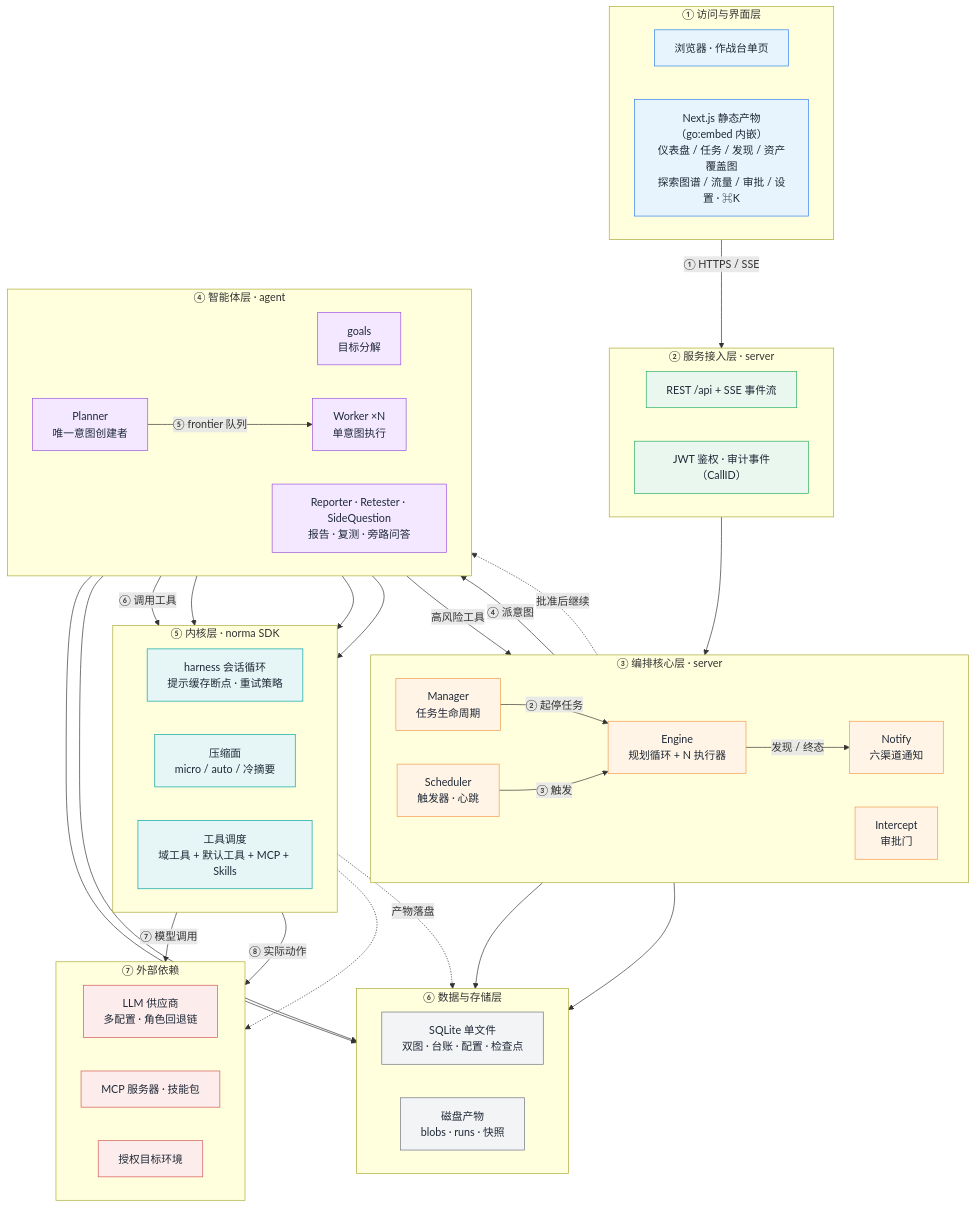
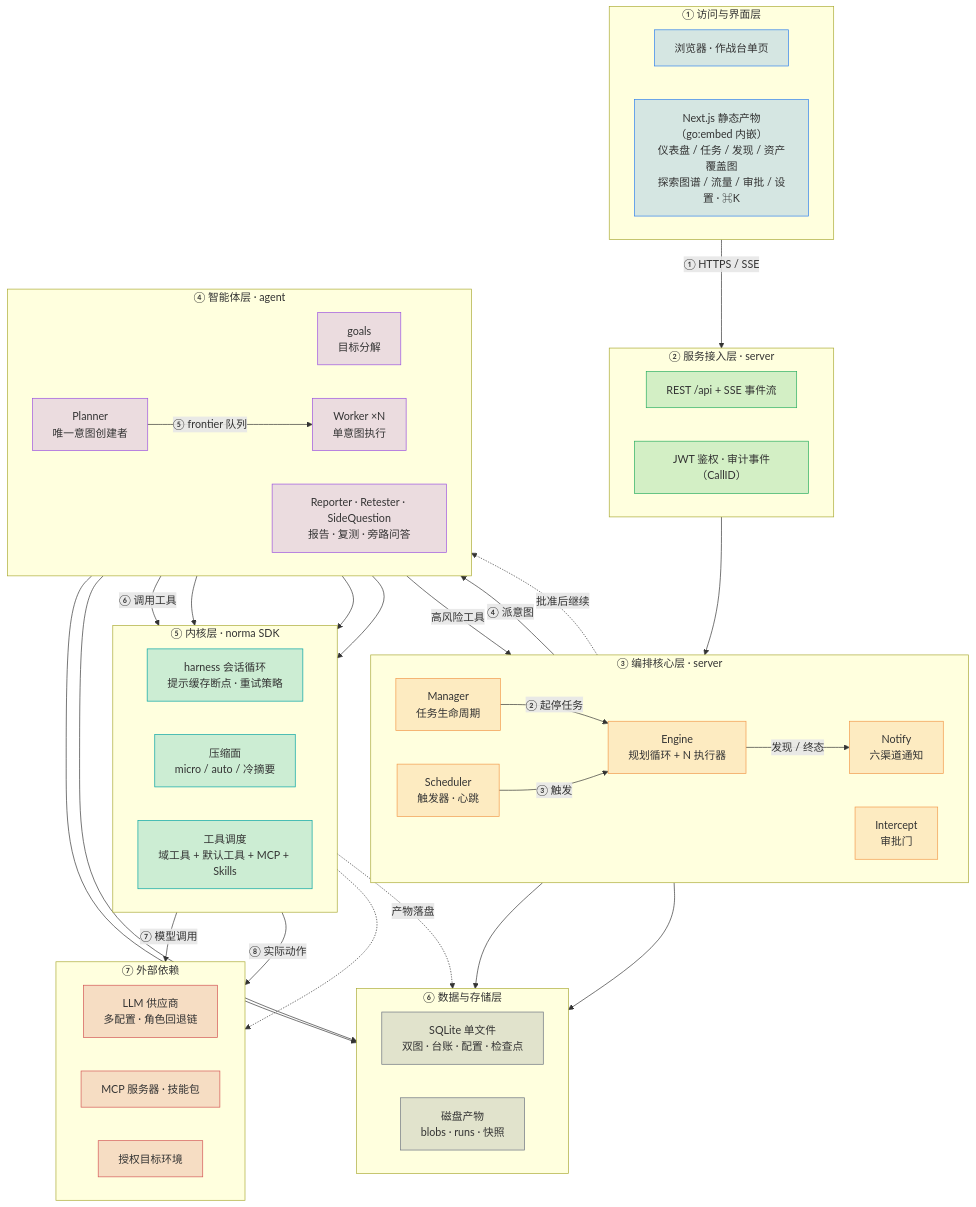
One commit to j5tv9nfzhn-hue/ARTEX-HYDRA changed the first of 6 diagrams in README.md. Above: the diagram before and after it, drawn with Mermaid. The commit also changed 1 other file, not shown here.

Commit message:
docs: 架构图分层配色改为半透明填充+彩色描边，深浅主题自适应 [skip ci]

````diff
--- a/README.md
+++ b/README.md
@@ -168,80 +168,80 @@
 ```mermaid
 flowchart TB
   subgraph L1["① 访问与界面层"]
     direction LR
     BR["浏览器 · 作战台单页"]
     FED["Next.js 静态产物（go:embed 内嵌）<br/>仪表盘 / 任务 / 发现 / 资产覆盖图<br/>探索图谱 / 流量 / 审批 / 设置 · ⌘K"]
   end
   subgraph L2["② 服务接入层 · server"]
     direction LR
     API["REST /api + SSE 事件流"]
     AUTH["JWT 鉴权 · 审计事件（CallID）"]
   end
   subgraph L3["③ 编排核心层 · server"]
     direction LR
     MGR["Manager<br/>任务生命周期"]
     ENG["Engine<br/>规划循环 + N 执行器"]
     SCH["Scheduler<br/>触发器 · 心跳"]
     INV["Intercept<br/>审批门"]
     NOT["Notify<br/>六渠道通知"]
   end
   subgraph L4["④ 智能体层 · agent"]
     direction LR
     GOALS["goals<br/>目标分解"]
     PLAN["Planner<br/>唯一意图创建者"]
     WORK["Worker ×N<br/>单意图执行"]
     OTHER["Reporter · Retester · SideQuestion<br/>报告 · 复测 · 旁路问答"]
   end
   subgraph L5["⑤ 内核层 · norma SDK"]
     direction LR
     HK["harness 会话循环<br/>提示缓存断点 · 重试策略"]
     CP["压缩面<br/>micro / auto / 冷摘要"]
     TL["工具调度<br/>域工具 + 默认工具 + MCP + Skills"]
   end
   subgraph L6["⑥ 数据与存储层"]
     direction LR
     SQL["SQLite 单文件<br/>双图 · 台账 · 配置 · 检查点"]
     DISK["磁盘产物<br/>blobs · runs · 快照"]
   end
   subgraph L7["⑦ 外部依赖"]
     direction LR
     LLM["LLM 供应商<br/>多配置 · 角色回退链"]
     MCPE["MCP 服务器 · 技能包"]
     TGT["授权目标环境"]
   end
   BR -->|"① HTTPS / SSE"| API
   API --> MGR
   MGR -->|"② 起停任务"| ENG
   SCH -->|"③ 触发"| ENG
   ENG -->|"④ 派意图"| PLAN
   PLAN -->|"⑤ frontier 队列"| WORK
   WORK -->|"⑥ 调用工具"| TL
   WORK -->|"高风险工具"| INV
   INV -.->|"批准后继续"| WORK
   PLAN --> HK
   WORK --> HK
   OTHER --> HK
   HK -->|"⑦ 模型调用"| LLM
   TL -->|"⑧ 实际动作"| TGT
   TL -.-> MCPE
   PLAN --> SQL
   WORK --> SQL
   ENG --> SQL
   NOT --> SQL
   ENG -->|"发现 / 终态"| NOT
   TL -.->|"产物落盘"| DISK
-  classDef c1 fill:#E8F4FD,stroke:#2F80ED,color:#1F2937
-  classDef c2 fill:#EAF7EF,stroke:#27AE60,color:#1F2937
-  classDef c3 fill:#FFF4E5,stroke:#F2994A,color:#1F2937
-  classDef c4 fill:#F3E8FF,stroke:#9B51E0,color:#1F2937
-  classDef c5 fill:#E6F6F6,stroke:#00A3A3,color:#1F2937
-  classDef c6 fill:#F3F4F6,stroke:#6B7280,color:#1F2937
-  classDef c7 fill:#FDECEC,stroke:#D35454,color:#1F2937
+  classDef c1 fill:#2F80ED33,stroke:#2F80ED
+  classDef c2 fill:#27AE6033,stroke:#27AE60
+  classDef c3 fill:#F2994A33,stroke:#F2994A
+  classDef c4 fill:#9B51E033,stroke:#9B51E0
+  classDef c5 fill:#00A3A333,stroke:#00A3A3
+  classDef c6 fill:#6B728033,stroke:#6B7280
+  classDef c7 fill:#D3545433,stroke:#D35454
   class BR,FED c1
   class API,AUTH c2
   class MGR,ENG,SCH,INV,NOT c3
   class GOALS,PLAN,WORK,OTHER c4
   class HK,CP,TL c5
   class SQL,DISK c6
   class LLM,MCPE,TGT c7
 ```
````
